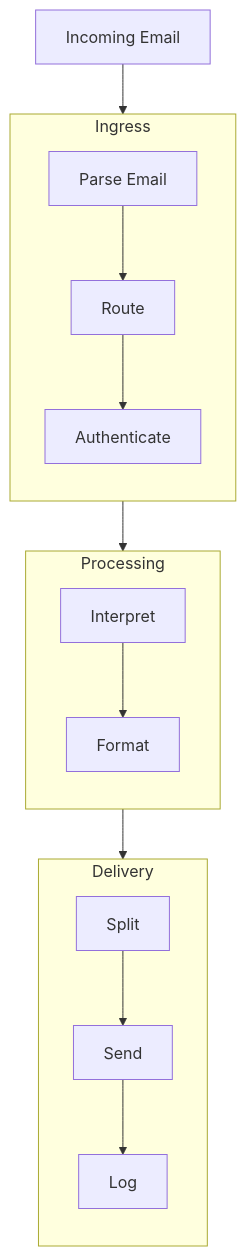
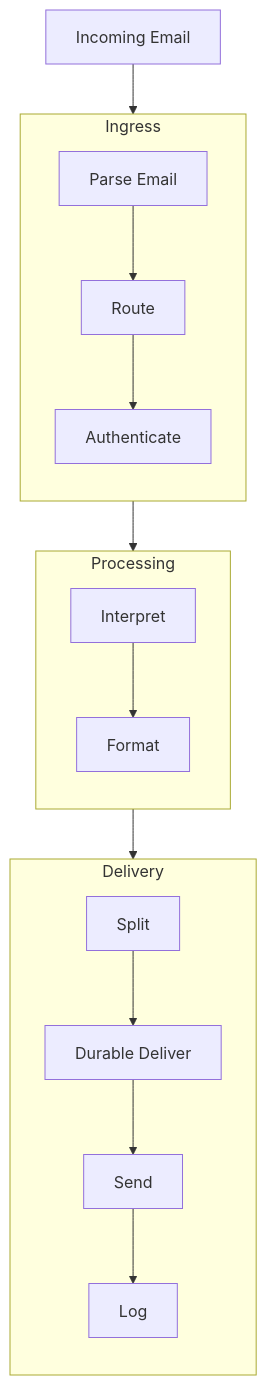
The second of 3 diagrams in apps/docs/docs/reference/architecture.mdx (cbnventures/ntfy-reverse-proxy), drawn with Mermaid before and after one commit. The commit also changed other lines of this file and 73 other files, not shown here.

````diff
--- a/apps/docs/docs/reference/architecture.mdx
+++ b/apps/docs/docs/reference/architecture.mdx
@@ -106,23 +114,24 @@
 ```mermaid
 graph TD
     Email[Incoming Email] --> Ingress
     Ingress --> Processing
     Processing --> Delivery
 
     subgraph Ingress [Ingress]
         direction TB
         ParseEmail[Parse Email] --> Route
         Route --> Authenticate
     end
 
     subgraph Processing [Processing]
         direction TB
         Interpret --> Format
     end
 
     subgraph Delivery [Delivery]
         direction TB
-        Split --> Send
+        Split --> Deliver[Durable Deliver]
+        Deliver --> Send
         Send --> Log
     end
 ```
````
